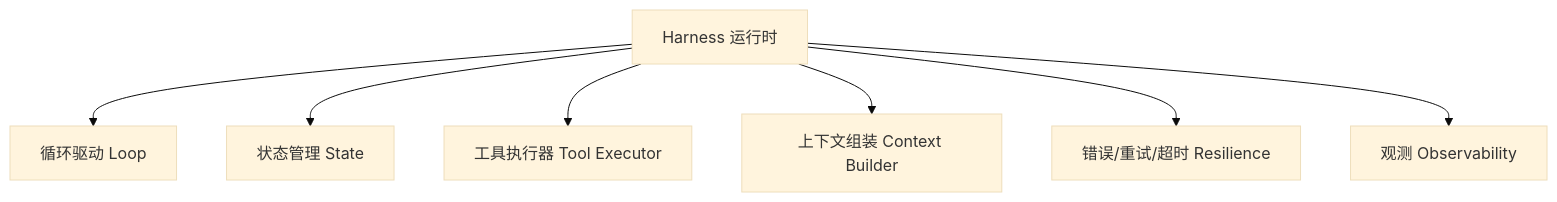
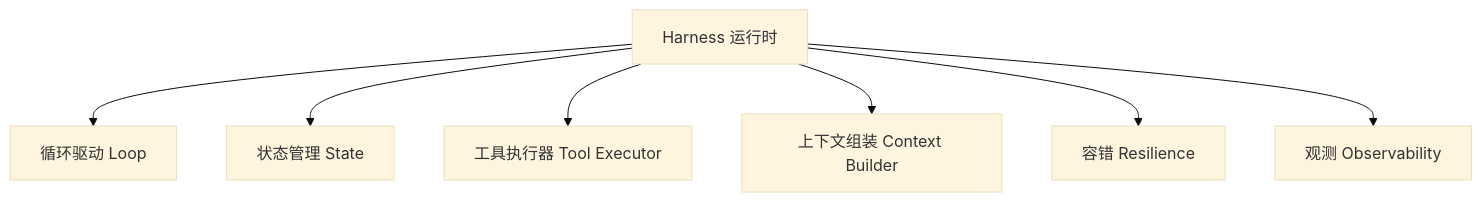
Before and after one commit to inspire-man/frontend-knowledge-base: the first of 2 diagrams in frontend-knowledge-base/卷十一-AIAgentHarness与提示词工程/11.3-Harness工程.md, drawn with Mermaid (base theme). The commit also changed other lines of this file and 7 other files, not shown here.

````diff
--- a/frontend-knowledge-base/卷十一-AIAgentHarness与提示词工程/11.3-Harness工程.md
+++ b/frontend-knowledge-base/卷十一-AIAgentHarness与提示词工程/11.3-Harness工程.md
@@ -20,9 +18,9 @@
 ```mermaid
 flowchart TD
     A[Harness 运行时] --> B[循环驱动 Loop]
     A --> C[状态管理 State]
     A --> D[工具执行器 Tool Executor]
     A --> E[上下文组装 Context Builder]
-    A --> F[错误/重试/超时 Resilience]
+    A --> F[容错 Resilience]
     A --> G[观测 Observability]
 ```
````
